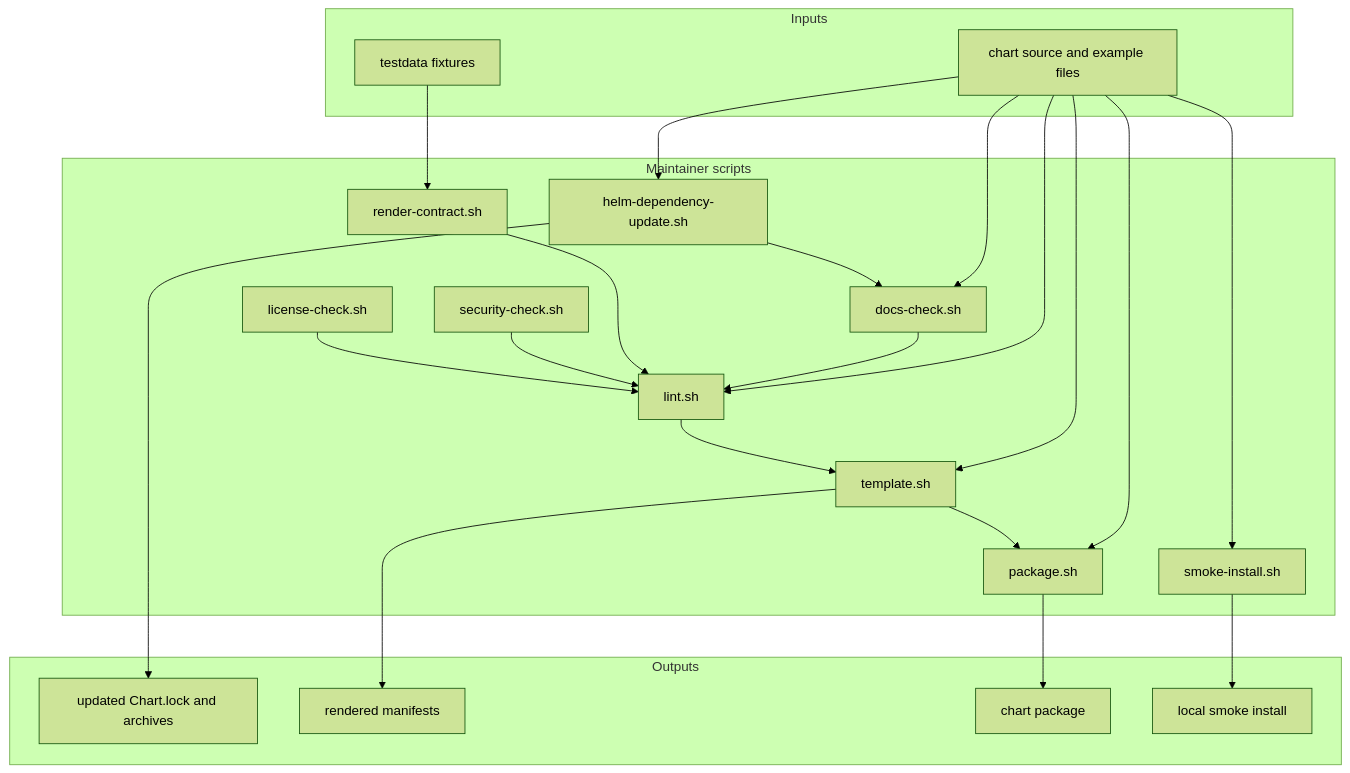
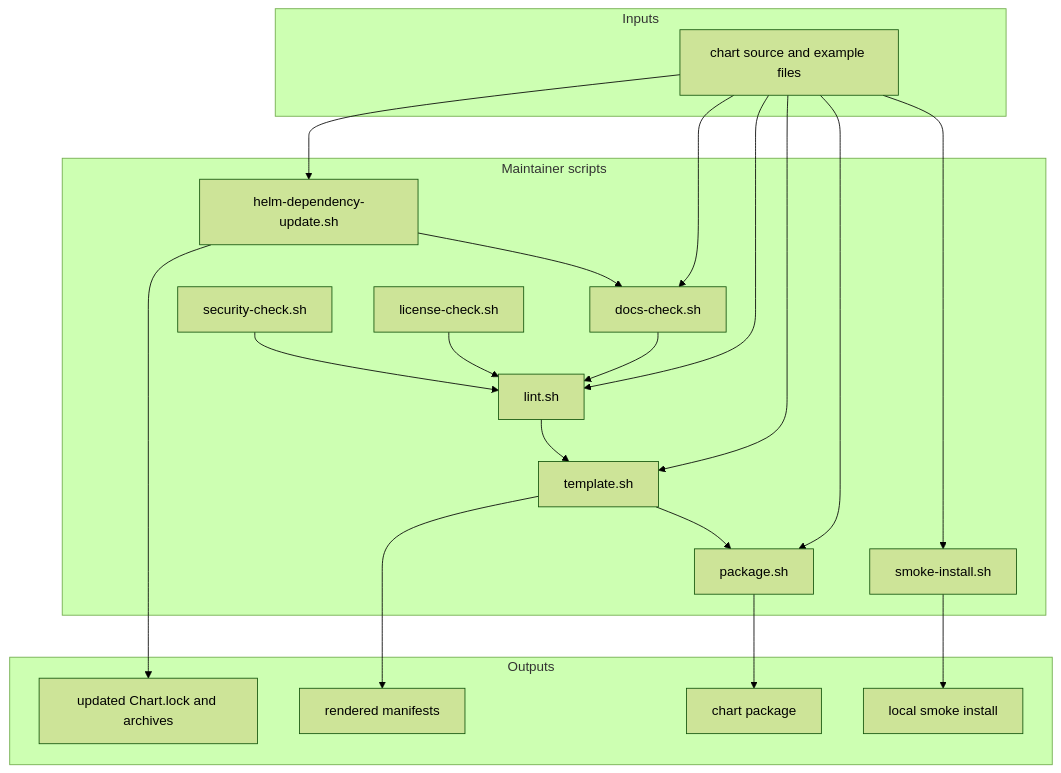
The diagram in hack/README.md (sanger-pathogens/dlh-in-a-box-umbrella-helm-chart), drawn with Mermaid (forest theme) before and after one commit. The commit also changed other lines of this file and 49 other files, not shown here.

Commit message:
Move test fixtures and render-contract.sh to a new top-level test directory

````diff
--- a/hack/README.md
+++ b/hack/README.md
@@ -16,45 +16,41 @@
 ```mermaid
 flowchart TD
   subgraph Inputs["Inputs"]
     Source[chart source and example files]
-    TestData[testdata fixtures]
   end
 
   subgraph Checks["Maintainer scripts"]
     Deps[helm-dependency-update.sh]
     Docs[docs-check.sh]
-    Contract[render-contract.sh]
     Security[security-check.sh]
     License[license-check.sh]
     Lint[lint.sh]
     Template[template.sh]
     Package[package.sh]
     Smoke[smoke-install.sh]
   end
 
   subgraph Outputs["Outputs"]
     Lockfiles[updated Chart.lock and archives]
     Rendered[rendered manifests]
     PackageOut[chart package]
     SmokeRun[local smoke install]
   end
 
   Source --> Deps
   Source --> Docs
   Source --> Lint
   Source --> Template
   Source --> Package
   Source --> Smoke
-  TestData --> Contract
   Deps --> Lockfiles
   Deps --> Docs
   Docs --> Lint
-  Contract --> Lint
   Security --> Lint
   License --> Lint
   Lint --> Template
   Template --> Rendered
   Template --> Package
   Package --> PackageOut
   Smoke --> SmokeRun
 ```
````
